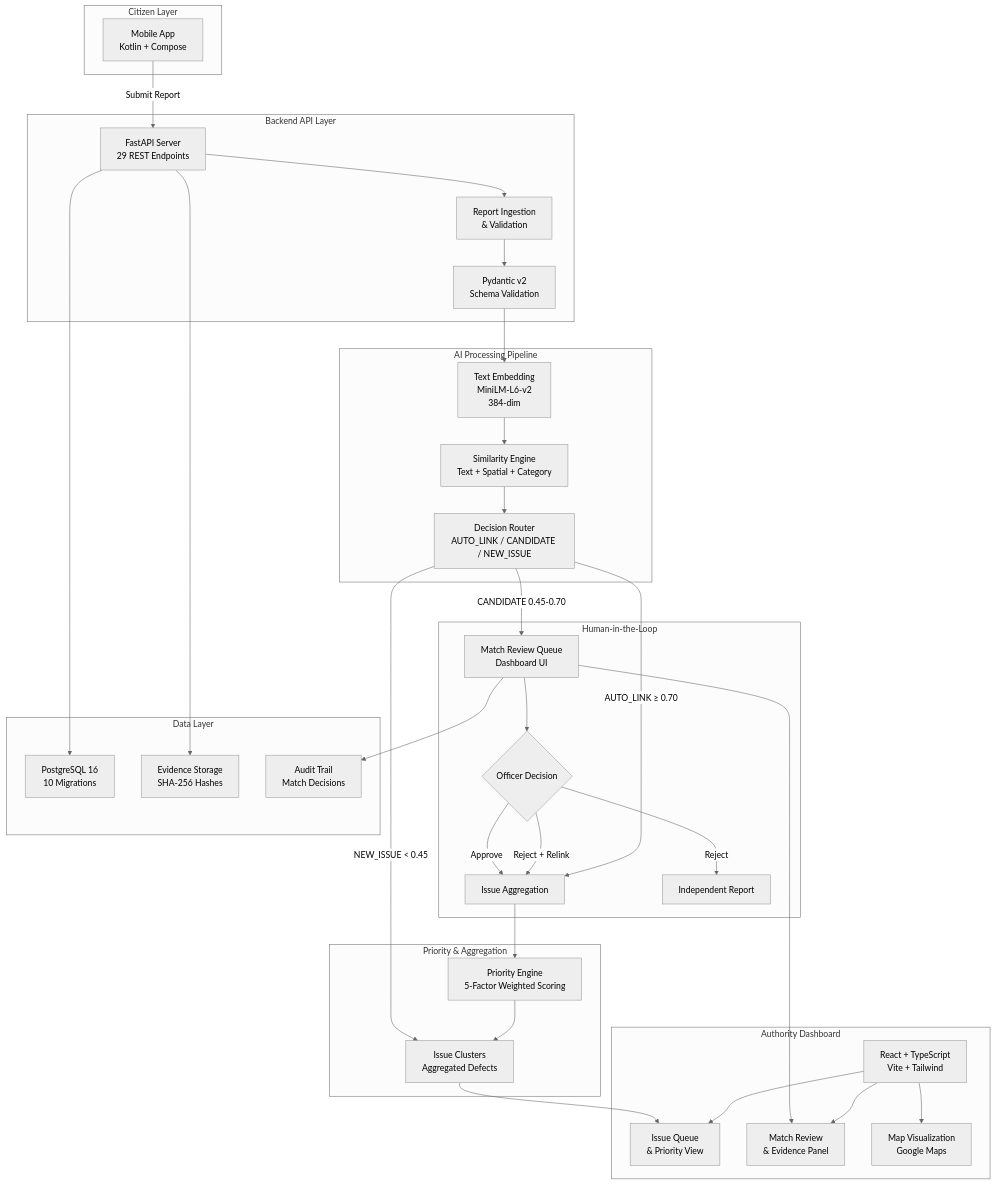
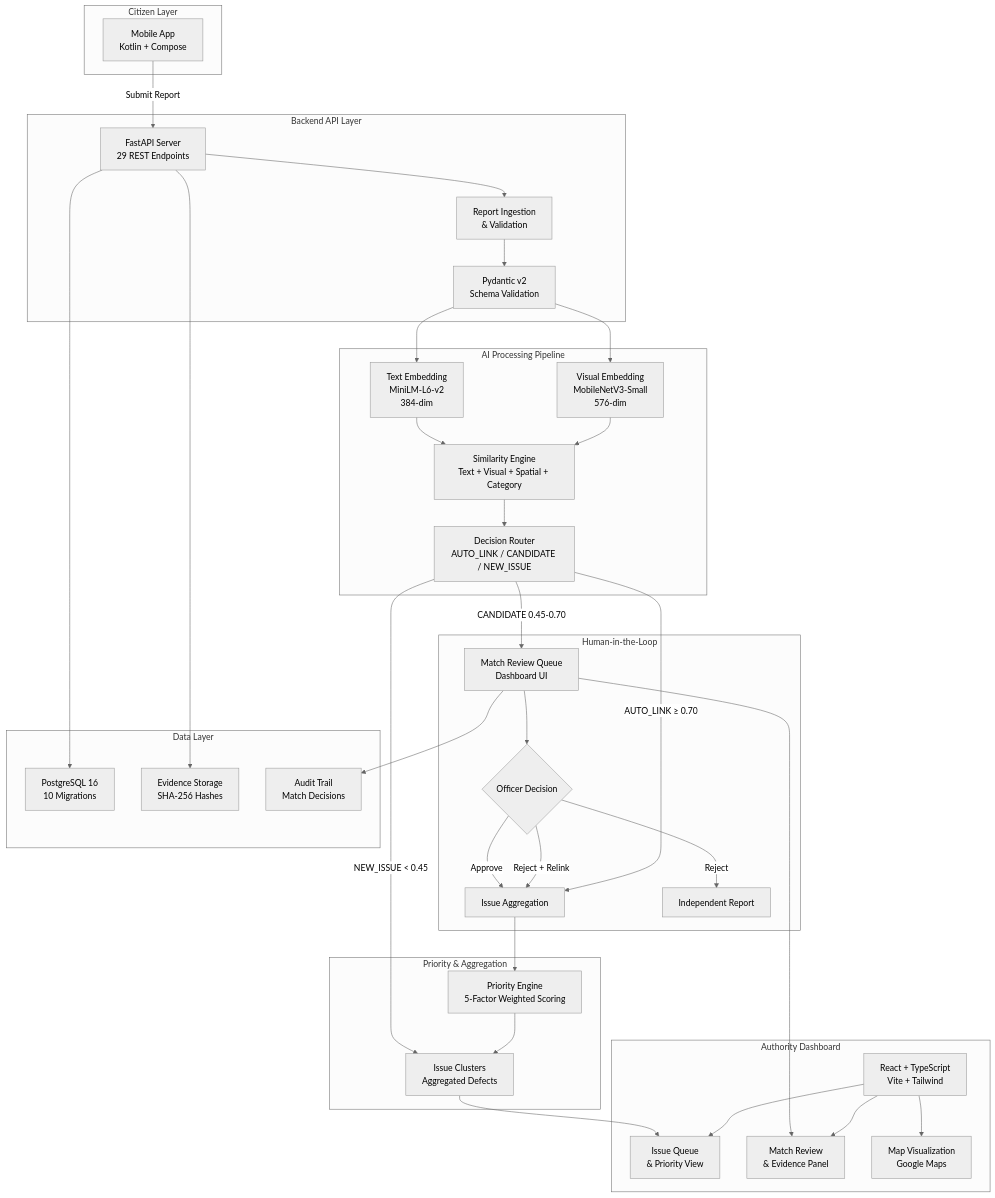
The diagram in docs/ARCHITECTURE.md (helloabhishek2004/Civicsense), drawn with Mermaid (neutral theme) before and after one commit. The commit also changed other lines of this file and 437 other files, not shown here.

````diff
--- a/docs/ARCHITECTURE.md
+++ b/docs/ARCHITECTURE.md
@@ -16,66 +16,69 @@
 ```mermaid
 flowchart TD
     subgraph Citizens["Citizen Layer"]
         A[Mobile App<br/>Kotlin + Compose]
     end
 
     subgraph API["Backend API Layer"]
         B[FastAPI Server<br/>29 REST Endpoints]
         C[Report Ingestion<br/>& Validation]
         D[Pydantic v2<br/>Schema Validation]
     end
 
     subgraph AI["AI Processing Pipeline"]
         E[Text Embedding<br/>MiniLM-L6-v2<br/>384-dim]
-        F[Similarity Engine<br/>Text + Spatial + Category]
+        V[Visual Embedding<br/>MobileNetV3-Small<br/>576-dim]
+        F[Similarity Engine<br/>Text + Visual + Spatial + Category]
         G[Decision Router<br/>AUTO_LINK / CANDIDATE / NEW_ISSUE]
     end
 
     subgraph HumanReview["Human-in-the-Loop"]
         H[Match Review Queue<br/>Dashboard UI]
         I{Officer Decision}
         I -->|Approve| J[Issue Aggregation]
         I -->|Reject| K[Independent Report]
         I -->|Reject + Relink| J
     end
 
     subgraph Priority["Priority & Aggregation"]
         J
         L[Priority Engine<br/>5-Factor Weighted Scoring]
         M[Issue Clusters<br/>Aggregated Defects]
     end
 
     subgraph Dashboard["Authority Dashboard"]
         N[React + TypeScript<br/>Vite + Tailwind]
         O[Issue Queue<br/>& Priority View]
         P[Match Review<br/>& Evidence Panel]
         Q[Map Visualization<br/>Google Maps]
     end
 
     subgraph Data["Data Layer"]
         R[PostgreSQL 16<br/>10 Migrations]
         S[Evidence Storage<br/>SHA-256 Hashes]
         T[Audit Trail<br/>Match Decisions]
     end
 
     A -->|Submit Report| B
     B --> C
     C --> D
     D --> E
+    D --> V
     E --> F
+    V --> F
     F --> G
     G -->|AUTO_LINK ≥ 0.70| J
     G -->|CANDIDATE 0.45-0.70| H
     G -->|NEW_ISSUE < 0.45| M
     H --> I
     J --> L
     L --> M
     M --> O
     H --> P
     B --> R
     B --> S
     H --> T
     N --> O
     N --> P
     N --> Q
 ```
````
